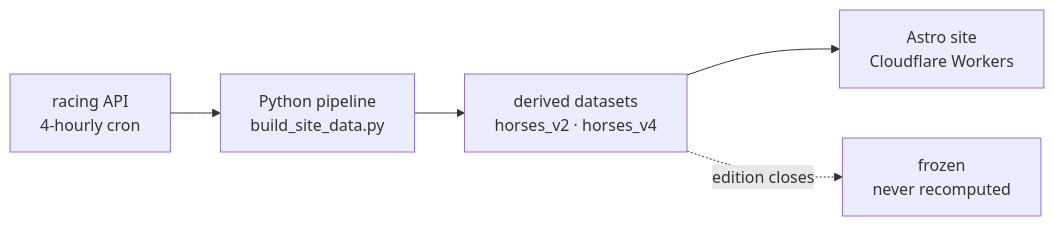
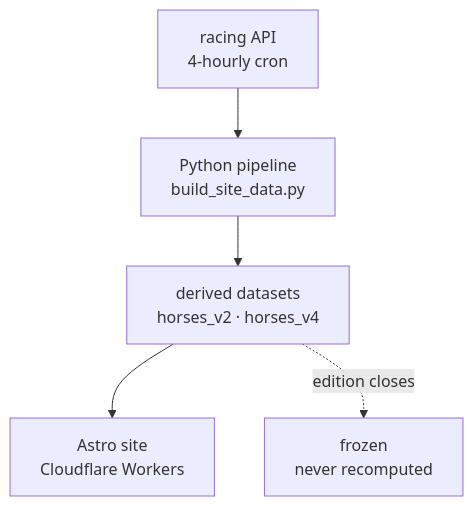
One commit to bumasello/bumasello changed the diagram in README.md. Above: the diagram before and after it, drawn with Mermaid.

Commit message:
Lay the pipeline diagram top-down so GitHub's mermaid toolbar stops covering the frozen-edition node

````diff
--- a/README.md
+++ b/README.md
@@ -26,7 +26,7 @@
 ```mermaid
-flowchart LR
+flowchart TD
   A["racing API<br/>4-hourly cron"] --> B["Python pipeline<br/>build_site_data.py"]
   B --> C["derived datasets<br/>horses_v2 · horses_v4"]
   C --> D["Astro site<br/>Cloudflare Workers"]
   C -.->|"edition closes"| E["frozen<br/>never recomputed"]
 ```
````
